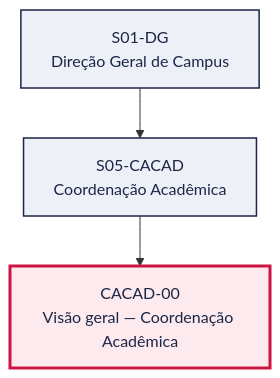
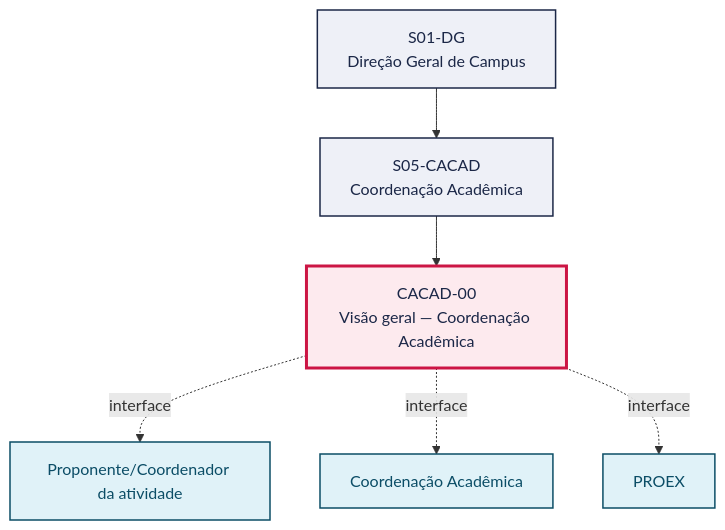
The first of 2 diagrams in pops/CACAD/CACAD-00.md (jessefers/canvas-vivo-atdg), drawn with Mermaid before and after one commit. The commit also changed other lines of this file and 95 other files, not shown here.

````diff
--- a/pops/CACAD/CACAD-00.md
+++ b/pops/CACAD/CACAD-00.md
@@ -49,13 +54,20 @@
 ```mermaid
 graph TD
   S01_DG["S01-DG<br/>Direção Geral de Campus"]
   S05_CACAD["S05-CACAD<br/>Coordenação Acadêmica"]
   S01_DG --> S05_CACAD
   P["CACAD-00<br/>Visão geral — Coordenação Acadêmica"]
   S05_CACAD --> P
+  V1["Proponente/Coordenador da atividade"]
+  P -. interface .-> V1
+  V2["Coordenação Acadêmica"]
+  P -. interface .-> V2
+  V3["PROEX"]
+  P -. interface .-> V3
   classDef setor fill:#EEF0F7,stroke:#1B2747,stroke-width:1.5px,color:#1B2747
   classDef destaque fill:#FDEAEE,stroke:#CC1544,stroke-width:3px,color:#1B2747
   classDef vizinho fill:#E0F2F8,stroke:#0B4D66,stroke-width:1.5px,color:#0B4D66
   class S01_DG,S05_CACAD setor
   class P destaque
+  class V1,V2,V3 vizinho
 ```
````
